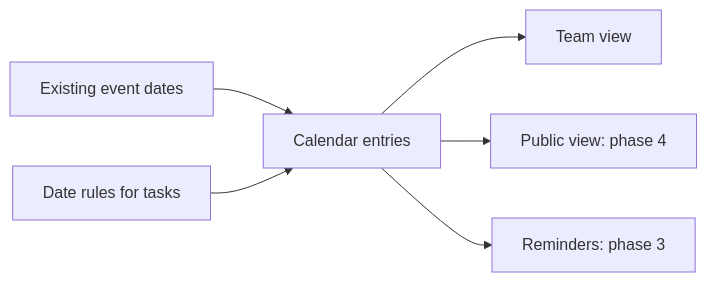
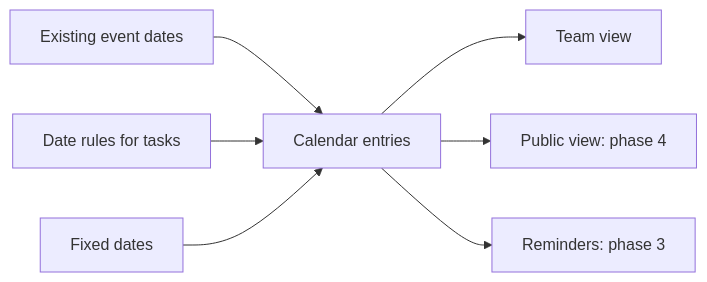
One commit to TonyFlury/GarageSale changed the first of 5 diagrams in docs/design/event-calendar.md. Above: the diagram before and after it, drawn with Mermaid. The commit also changed other lines of this file, not shown here.

Commit message:
Include fixed annual and one-time dates in the calendar design

````diff
--- a/docs/design/event-calendar.md
+++ b/docs/design/event-calendar.md
@@ -87,8 +94,9 @@
 ```mermaid
 flowchart LR
     A[Existing event dates] --> C[Calendar entries]
     B[Date rules for tasks] --> C
+    H[Fixed dates] --> C
     C --> D[Team view]
     C --> E[Public view: phase 4]
     C --> F[Reminders: phase 3]
 ```
````
